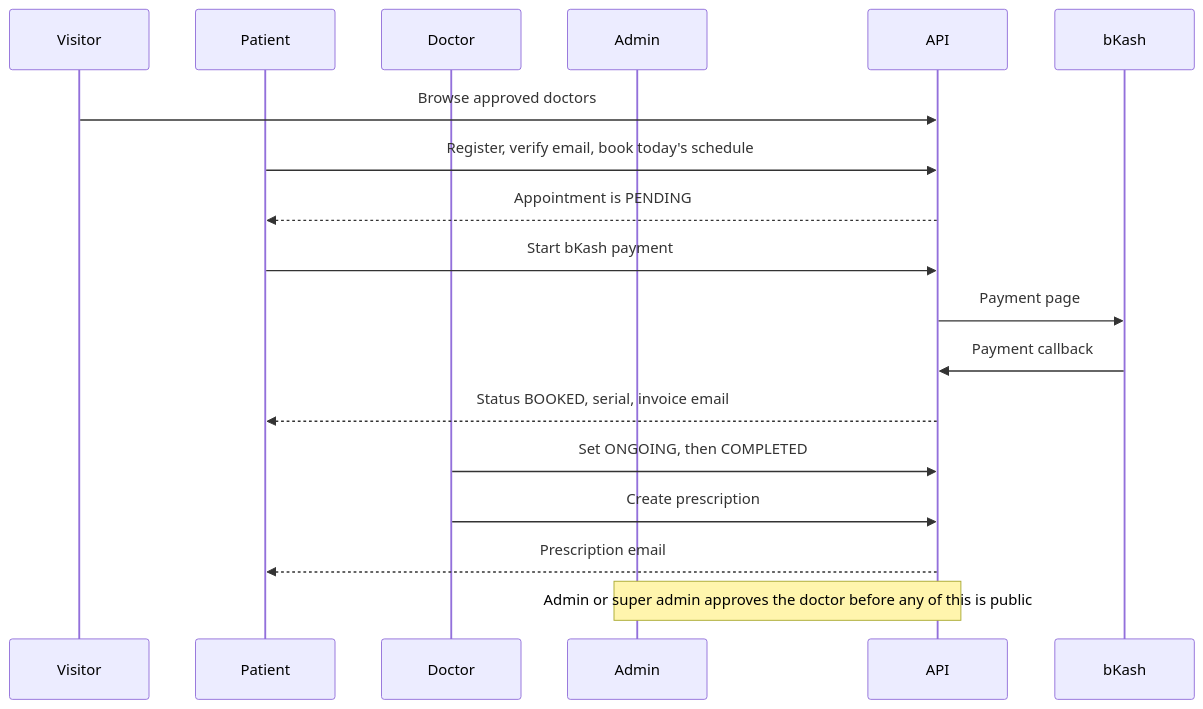
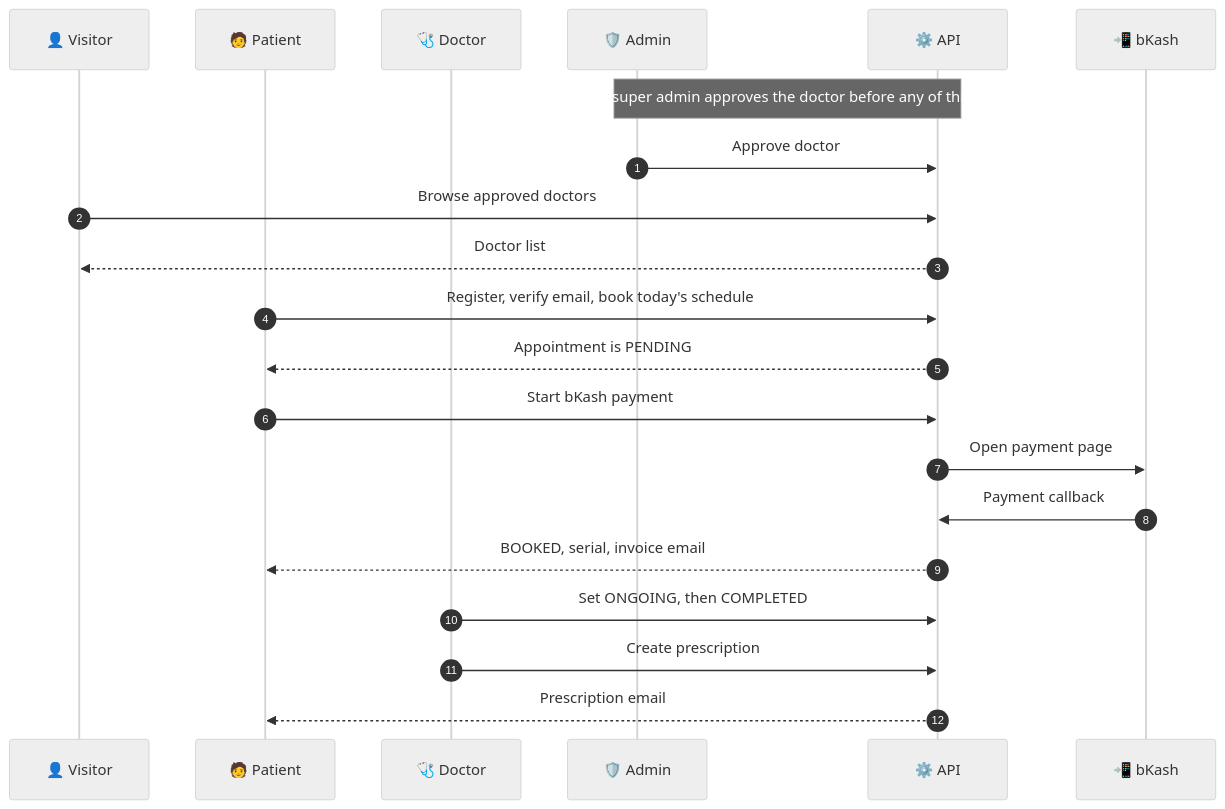
One commit to kaziashik/PH-Healthcare-Backend changed the third of 5 diagrams in README.md. Above: the diagram before and after it, drawn with Mermaid. The commit also changed other lines of this file, not shown here.

````diff
--- a/README.md
+++ b/README.md
@@ -75,21 +111,29 @@
 ```mermaid
+%%{init: {'theme':'neutral'}}%%
 sequenceDiagram
-    participant V as Visitor
-    participant P as Patient
-    participant D as Doctor
-    participant A as Admin
-    participant API as API
-    participant B as bKash
+    autonumber
+    participant V as 👤 Visitor
+    participant P as 🧑 Patient
+    participant D as 🩺 Doctor
+    participant A as 🛡️ Admin
+    participant API as ⚙️ API
+    participant B as 📲 bKash
+
+    Note over A,API: Admin or super admin approves the doctor before any of this is public
+    A->>API: Approve doctor
 
     V->>API: Browse approved doctors
+    API-->>V: Doctor list
+
     P->>API: Register, verify email, book today's schedule
     API-->>P: Appointment is PENDING
+
     P->>API: Start bKash payment
-    API->>B: Payment page
+    API->>B: Open payment page
     B->>API: Payment callback
-    API-->>P: Status BOOKED, serial, invoice email
+    API-->>P: BOOKED, serial, invoice email
+
     D->>API: Set ONGOING, then COMPLETED
     D->>API: Create prescription
     API-->>P: Prescription email
-    Note over A,API: Admin or super admin approves the doctor before any of this is public
 ```
````
